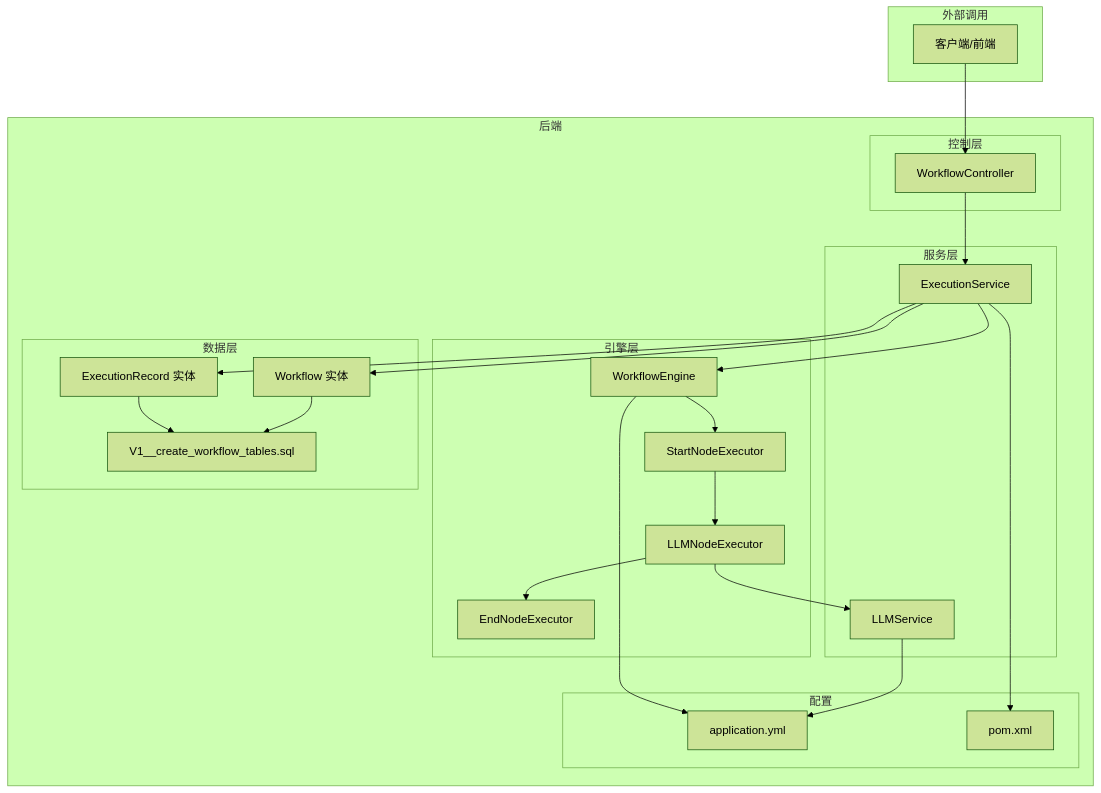
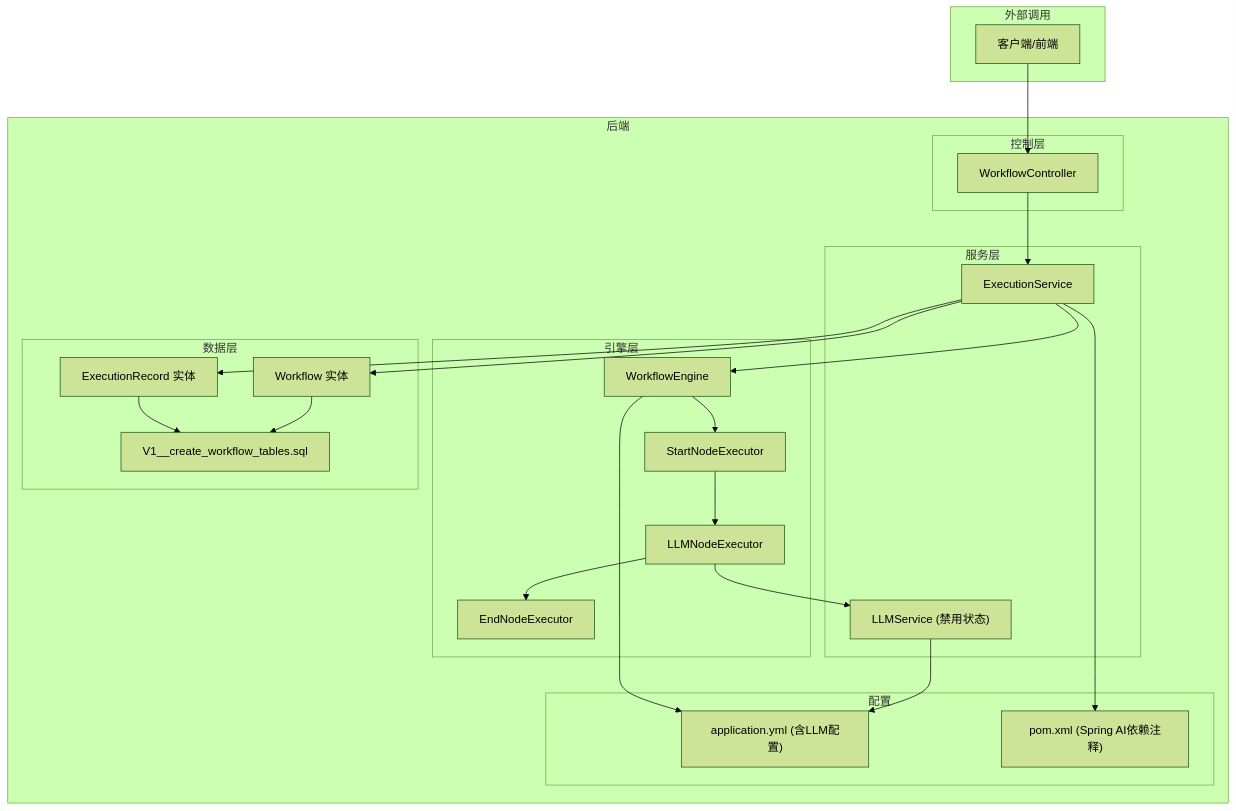
Before and after one commit to cxz64323/bokagent: the second of 8 diagrams in .qoder/repowiki/zh/content/多LLM集成/LLM服务抽象层.md, drawn with Mermaid (forest theme). The commit also changed other lines of this file and 6 other files, not shown here.

````diff
--- a/.qoder/repowiki/zh/content/多LLM集成/LLM服务抽象层.md
+++ b/.qoder/repowiki/zh/content/多LLM集成/LLM服务抽象层.md
@@ -95,42 +105,42 @@
 ```mermaid
 graph TB
 subgraph "外部调用"
 U["客户端/前端"]
 end
 subgraph "后端"
 subgraph "控制层"
 WC["WorkflowController"]
 end
 subgraph "服务层"
 ES["ExecutionService"]
-LLM["LLMService"]
+LLM["LLMService (禁用状态)"]
 end
 subgraph "引擎层"
 WE["WorkflowEngine"]
 NE_Start["StartNodeExecutor"]
 NE_LLM["LLMNodeExecutor"]
 NE_End["EndNodeExecutor"]
 end
 subgraph "数据层"
 WF["Workflow 实体"]
 ER["ExecutionRecord 实体"]
 SQL["V1__create_workflow_tables.sql"]
 end
 subgraph "配置"
-APP["application.yml"]
-POM["pom.xml"]
+APP["application.yml (含LLM配置)"]
+POM["pom.xml (Spring AI依赖注释)"]
 end
 end
 U --> WC
 WC --> ES
 ES --> WE
 WE --> NE_Start --> NE_LLM --> NE_End
 NE_LLM --> LLM
 ES --> WF
 ES --> ER
 LLM --> APP
 WE --> APP
 ES --> POM
 WF --> SQL
 ER --> SQL
 ```
````
